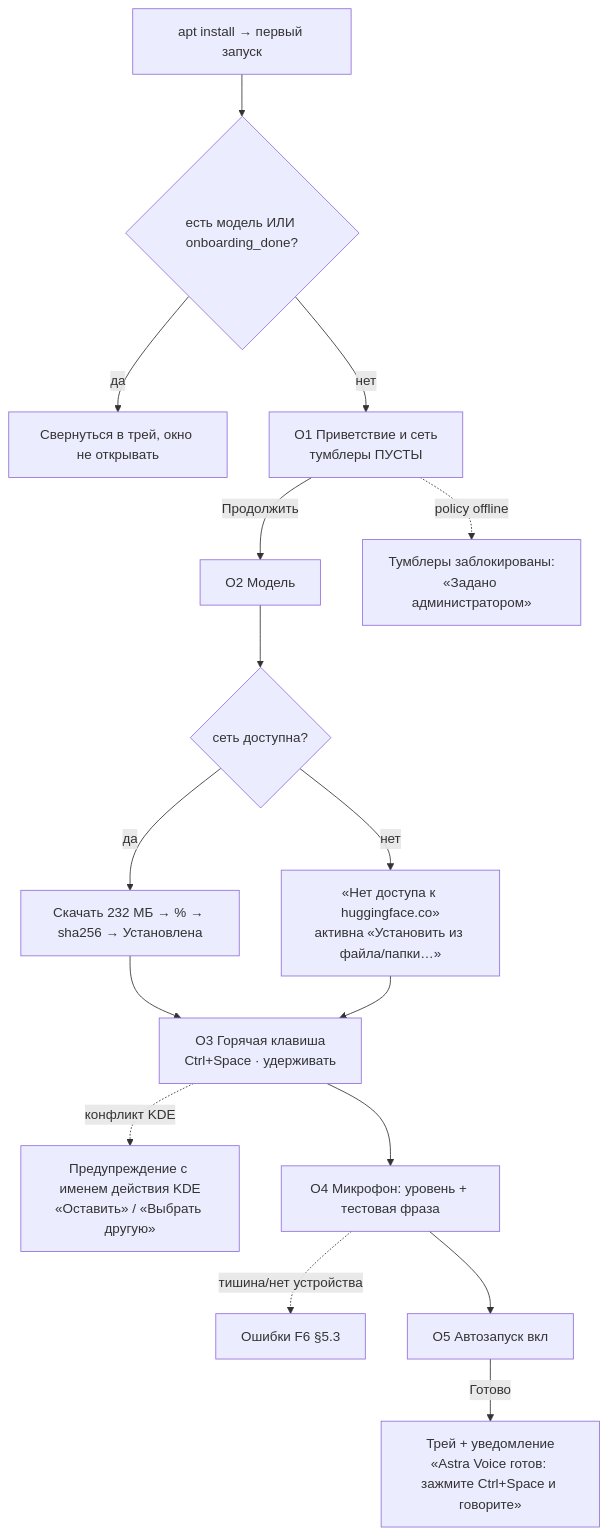
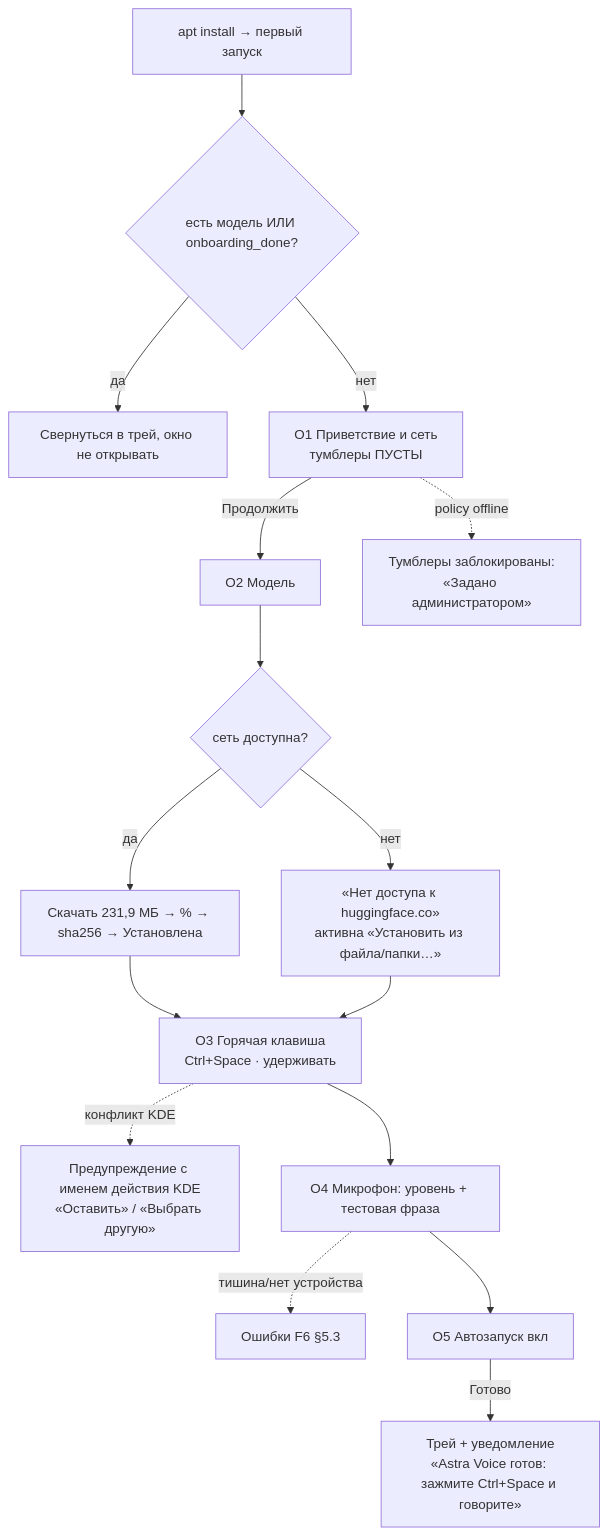
The first of 3 diagrams in design/flows.md (ArrivaRUS/astra-voice), drawn with Mermaid before and after one commit. The commit also changed other lines of this file and 71 other files, not shown here.

````diff
--- a/design/flows.md
+++ b/design/flows.md
@@ -71,18 +71,18 @@
 ```mermaid
 flowchart TD
   I[apt install → первый запуск] --> C{есть модель ИЛИ onboarding_done?}
   C -- да --> TRAY[Свернуться в трей, окно не открывать]
   C -- нет --> O1[O1 Приветствие и сеть<br/>тумблеры ПУСТЫ]
   O1 -->|Продолжить| O2[O2 Модель]
   O1 -.policy offline.-> O1L[Тумблеры заблокированы:<br/>«Задано администратором»]
   O2 --> NET{сеть доступна?}
-  NET -- да --> DL[Скачать 232 МБ → % → sha256 → Установлена]
+  NET -- да --> DL[Скачать 231,9 МБ → % → sha256 → Установлена]
   NET -- нет --> FILE[«Нет доступа к huggingface.co»<br/>активна «Установить из файла/папки…»]
   DL --> O3
   FILE --> O3[O3 Горячая клавиша<br/>Ctrl+Space · удерживать]
   O3 -.конфликт KDE.-> O3W[Предупреждение с именем действия KDE<br/>«Оставить» / «Выбрать другую»]
   O3 --> O4[O4 Микрофон: уровень + тестовая фраза]
   O4 -.тишина/нет устройства.-> E6[Ошибки F6 §5.3]
   O4 --> O5[O5 Автозапуск вкл]
   O5 -->|Готово| TRAY2[Трей + уведомление<br/>«Astra Voice готов: зажмите Ctrl+Space и говорите»]
 ```
````
